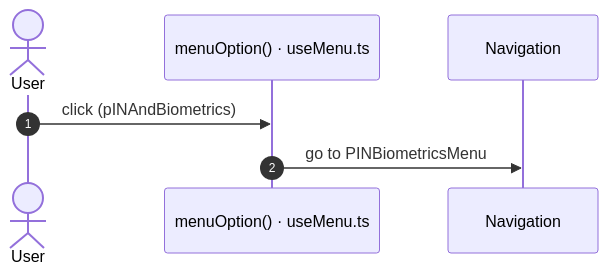
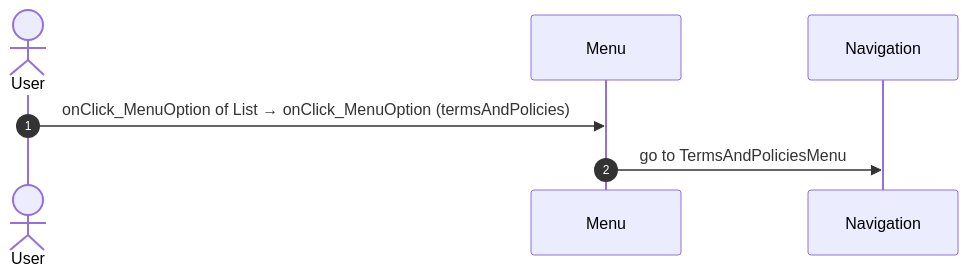
One commit to Phoenix-DX/connect-new-ui changed the tenth of 37 diagrams in migration/route-actions/Menu.md. Above: the diagram before and after it, drawn with Mermaid. The commit also changed other lines of this file and 9 other files, not shown here.

Commit message:
route actions: facts only; user actions as two independent lists (OutSystems view bindings, React JSX bindings) with Mermaid sequences; factual call columns (direct caller, chains, React references); app shell by definition (survey shell, main.tsx code); constants read for React paths

````diff
--- a/migration/route-actions/Menu.md
+++ b/migration/route-actions/Menu.md
@@ -267,9 +229,9 @@
 ```mermaid
 sequenceDiagram
   autonumber
   actor U as User
-  participant H as menuOption() · useMenu.ts
+  participant B as Menu
   participant N as Navigation
-  U->>H: click (pINAndBiometrics)
-  H->>N: go to PINBiometricsMenu
+  U->>B: onClick_MenuOption of List → onClick_MenuOption (termsAndPolicies)
+  B->>N: go to TermsAndPoliciesMenu
 ```
````
